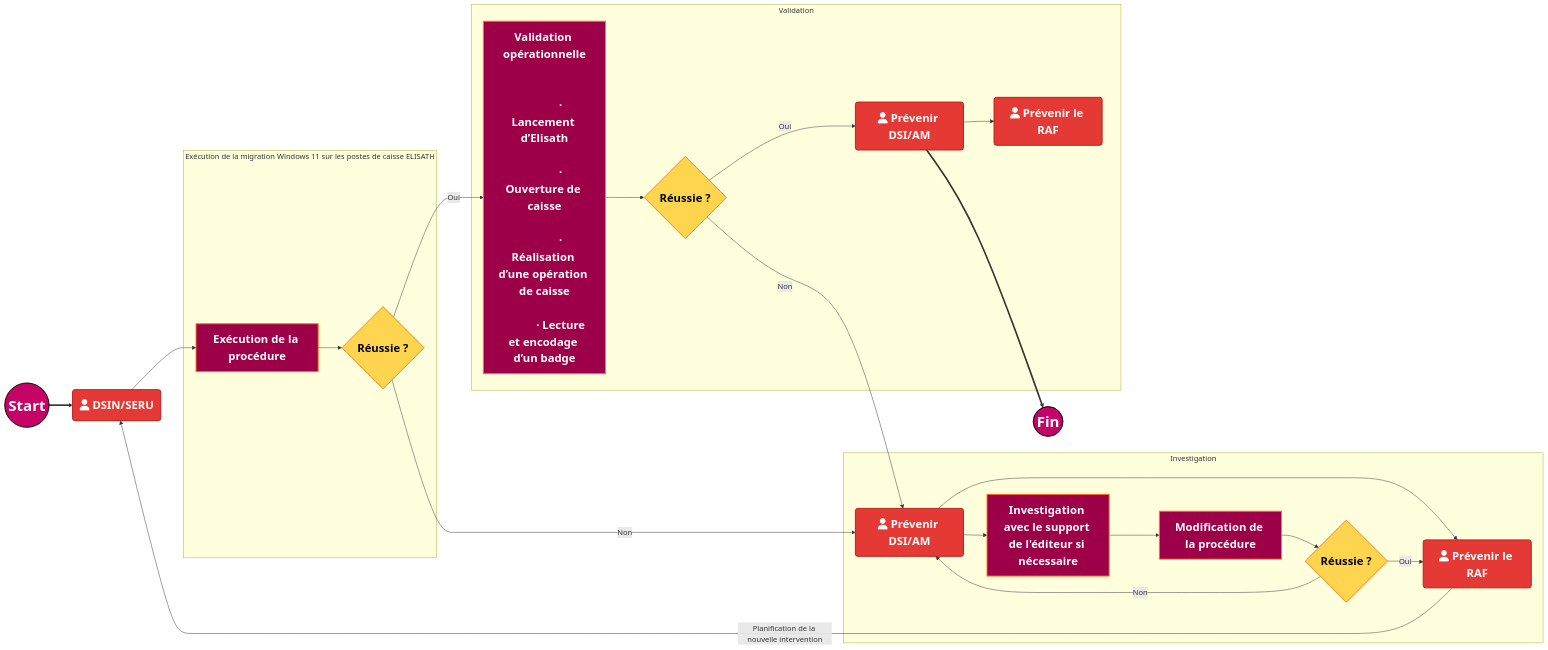
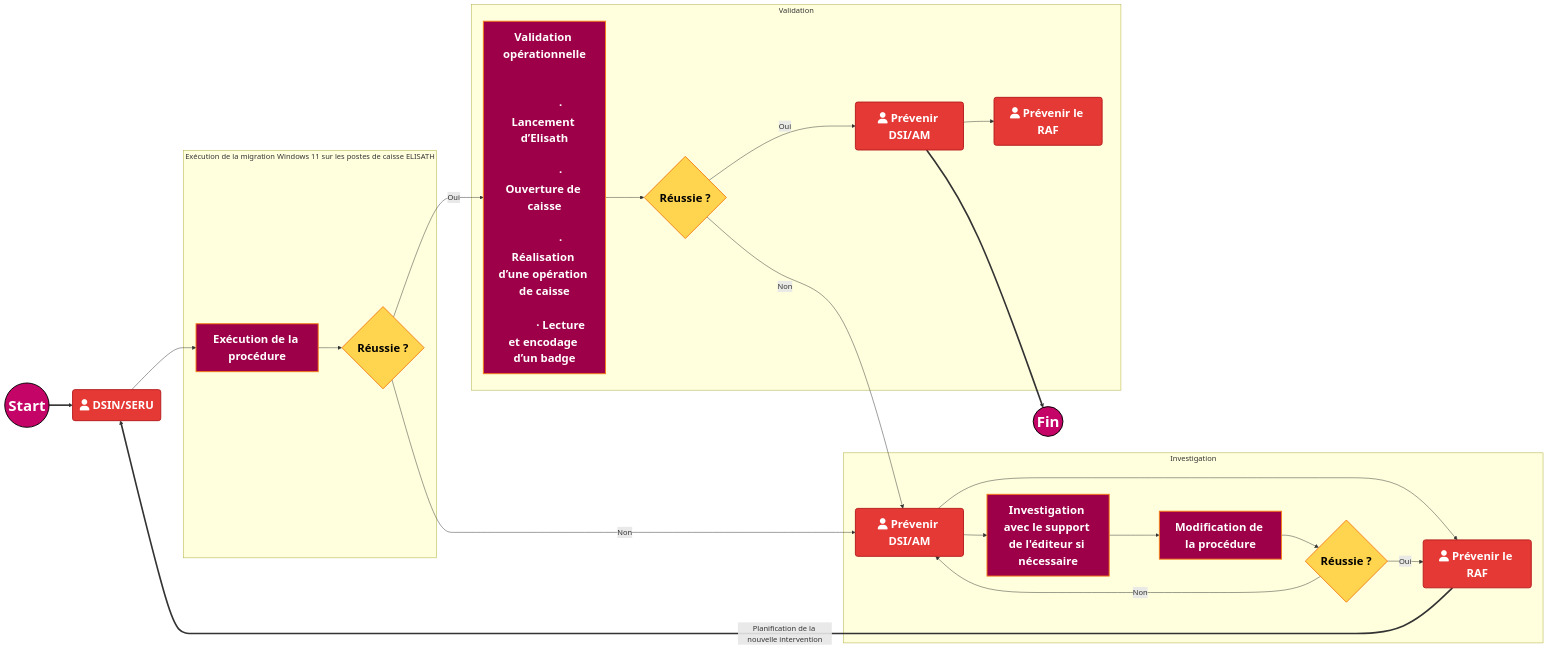
Before and after one commit to fdadda/iodraw-files: the diagram in all/Flux de validation.md, drawn with Mermaid.

Commit message:
2026-05-12 12:15:23 update

````diff
--- a/all/Flux de validation.md
+++ b/all/Flux de validation.md
@@ -1,62 +1,62 @@
 ```mermaid
 flowchart LR
 
     start((Start)) ==> A
     A(fa:fa-user DSIN/SERU) --> B[Exécution de la procédure]
 
     subgraph Exécution de la migration Windows 11 sur les postes de caisse ELISATH
         B --> C{Réussie ?}
     end
 
     subgraph Validation
         C -->|Oui| D["Validation opérationnelle<br/><br/>
             · Lancement d’Elisath<br/>
             · Ouverture de caisse<br/>
             · Réalisation d’une opération de caisse<br/>
             · Lecture et encodage d’un badge"]
 
         D --> Val{Réussie ?}
 
         Val -->|Oui| PrevDSI(fa:fa-user Prévenir DSI/AM)
        
        
         PrevDSI  --> PrevRAF(fa:fa-user Prévenir le RAF)
     end
      PrevDSI ==> fin((Fin))
     Val --> |Non| E
     subgraph Investigation
         C -->|Non| E(fa:fa-user Prévenir DSI/AM)
         E --> F(fa:fa-user Prévenir le RAF)
         E --> G[Investigation avec le support de l'éditeur si nécessaire]
         G --> H[Modification de la procédure]
         H --> I{Réussie ?}
         I -->|Oui| F
         I -->|Non| E
     end
 
-    F -->|Planification de la nouvelle intervention| A
+    F ==>|Planification de la nouvelle intervention| A
 
     %% --- STYLES ---
     classDef StartEndPoint  fill:#c40466,stroke:#000,color:#fff,stroke-width:2px,font-size:32px,font-weight:bold;
     classDef Decision       fill:#ffd54f,stroke:#f57f17,color:#000,stroke-width:2px,font-size:24px,font-weight:bold;
     classDef Action         fill:#9d0048,stroke:#f57f17,color:#fff,stroke-width:2px,font-size:24px,font-weight:bold;
     classDef Error          fill:#e53935,stroke:#b71c1c,color:#fff,stroke-width:2px,font-size:24px,font-weight:bold;
 
     %% --- AFFECTATION DES CLASSES ---
     class start,fin StartEndPoint;
     class C,I,Val Decision;
     class A,E,F,PrevDSI,PrevRAF Error;
     class B,D,G,H Action;
     %% --- “CEINTURE + BRETELLES” (force le style sur les 2 nœuds) ---
     %%style start font-size:32px,font-weight:bold
     %%style fin   font-size:32px,font-weight:bold
 
     %% --- Codes couleur (commentaires) ---
     %% Bleu marine #000080
     %% Midnight blue #191970
     %% Bleu foncé intense #080F70
     %% Bleu foncé moderne #111184
     %% Orange #ffd54f
     %% Rouge #e53935
     %% Rose CAPI #c40466
 ```
````
